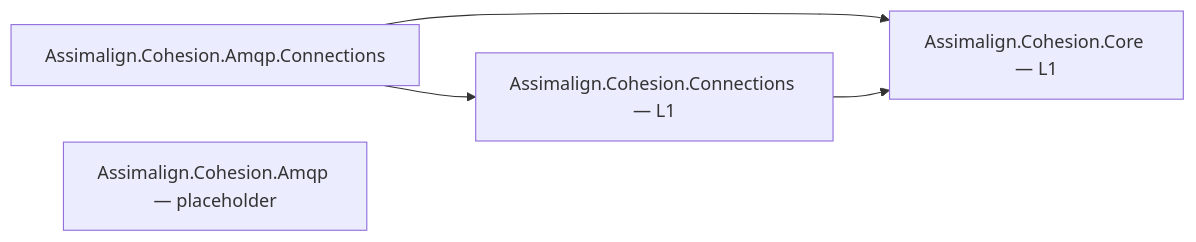
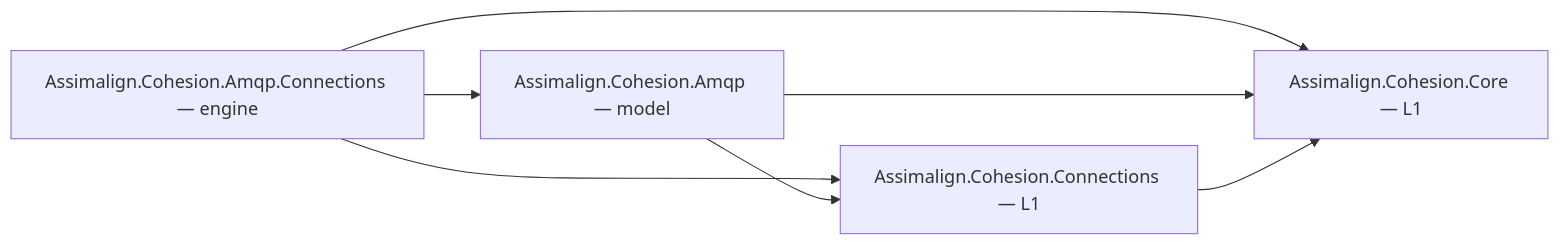
The diagram in libraries/Amqp/README.md (assimalign/cohesion), drawn with Mermaid before and after one commit. The commit also changed other lines of this file and 3 other files, not shown here.

First line of the commit message:
docs(amqp): document the engine as it is

````diff
--- a/libraries/Amqp/README.md
+++ b/libraries/Amqp/README.md
@@ -12,7 +12,9 @@
 ```mermaid
 flowchart LR
-    AmqpConnections["Assimalign.Cohesion.Amqp.Connections"] --> Connections["Assimalign.Cohesion.Connections — L1"]
-    AmqpConnections --> Core["Assimalign.Cohesion.Core — L1"]
+    Engine["Assimalign.Cohesion.Amqp.Connections — engine"] --> Model["Assimalign.Cohesion.Amqp — model"]
+    Engine --> Connections["Assimalign.Cohesion.Connections — L1"]
+    Model --> Connections
+    Engine --> Core["Assimalign.Cohesion.Core — L1"]
+    Model --> Core
     Connections --> Core
-    Root["Assimalign.Cohesion.Amqp — placeholder"]
 ```
````
